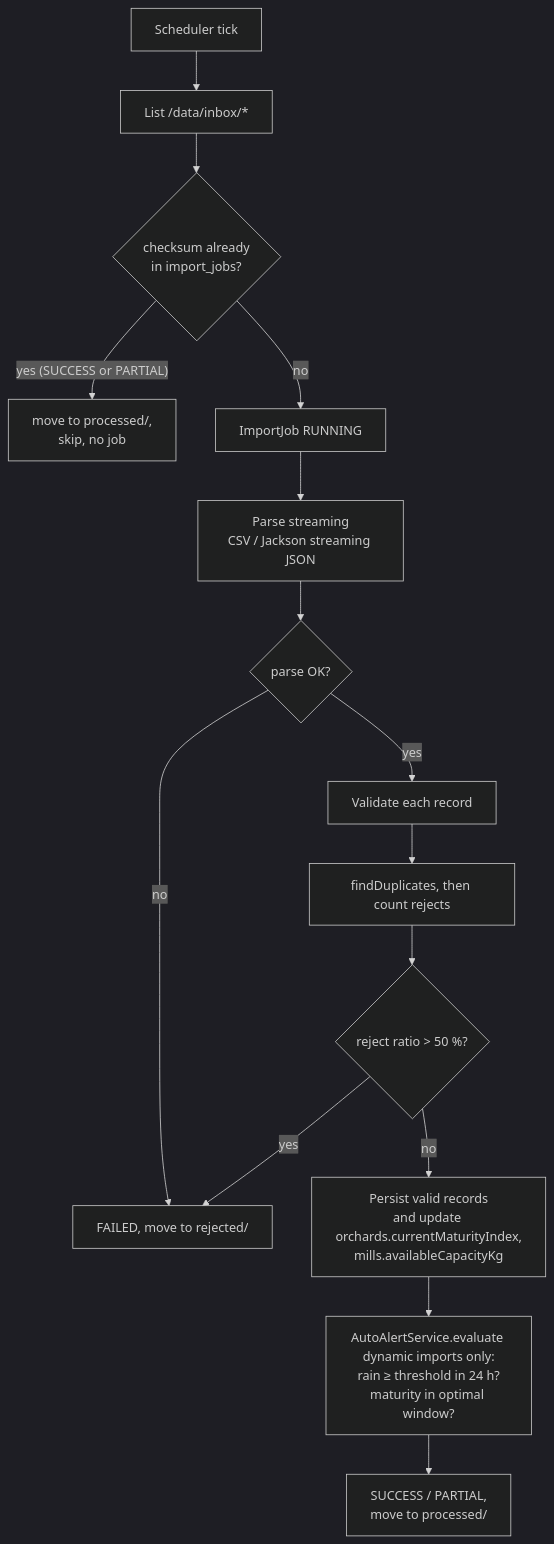
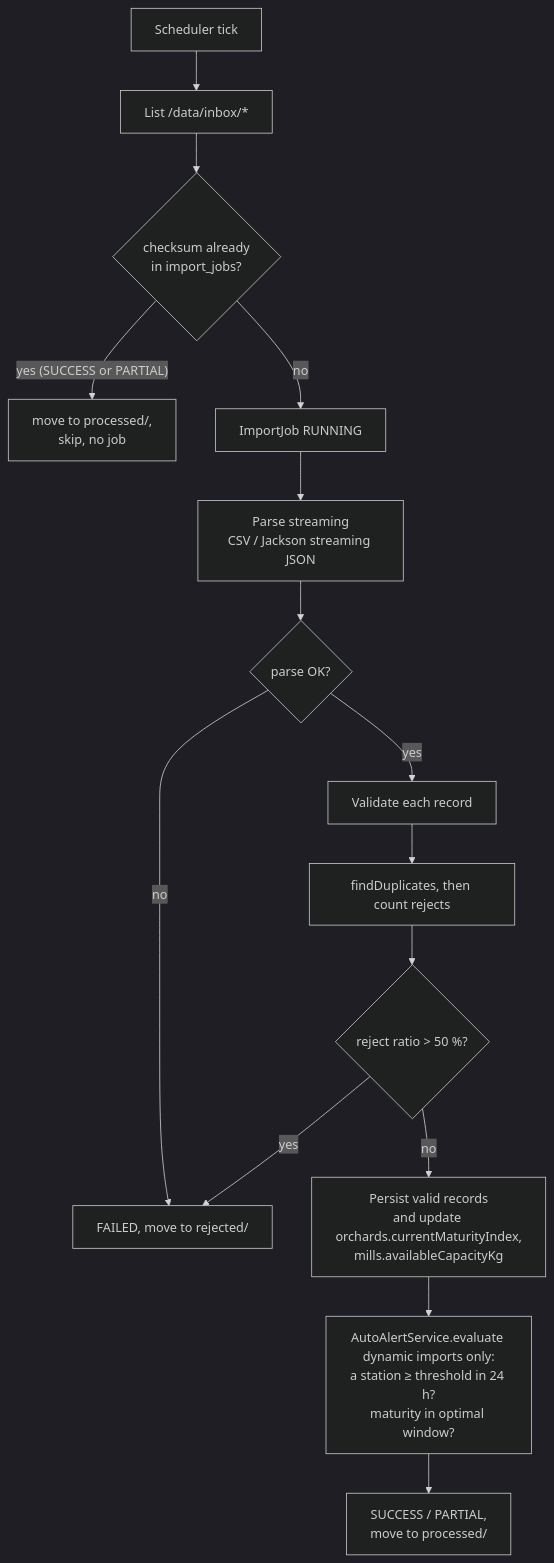
One commit to Iyed-M/olive-connect changed the second of 2 diagrams in docs/07-data-import.md. Above: the diagram before and after it, drawn with Mermaid (dark theme). The commit also changed other lines of this file and 3 other files, not shown here.

````diff
--- a/docs/07-data-import.md
+++ b/docs/07-data-import.md
@@ -103,17 +103,17 @@
 ```mermaid
 flowchart TD
     A[Scheduler tick] --> B[List /data/inbox/*]
     B --> C{checksum already<br/>in import_jobs?}
     C -- "yes (SUCCESS or PARTIAL)" --> Z[move to processed/,<br/>skip, no job]
     C -- no --> D[ImportJob RUNNING]
     D --> E[Parse streaming<br/>CSV / Jackson streaming JSON]
     E --> F{parse OK?}
     F -- no --> G[FAILED, move to rejected/]
     F -- yes --> H[Validate each record]
     H --> I[findDuplicates, then count rejects]
     I --> K{reject ratio > 50 %?}
     K -- yes --> G
     K -- no --> L[Persist valid records<br/>and update orchards.currentMaturityIndex,<br/>mills.availableCapacityKg]
-    L --> M[AutoAlertService.evaluate dynamic imports only:<br/>rain ≥ threshold in 24 h?<br/>maturity in optimal window?]
+    L --> M[AutoAlertService.evaluate dynamic imports only:<br/>a station ≥ threshold in 24 h?<br/>maturity in optimal window?]
     M --> N[SUCCESS / PARTIAL,<br/>move to processed/]
 ```
````
